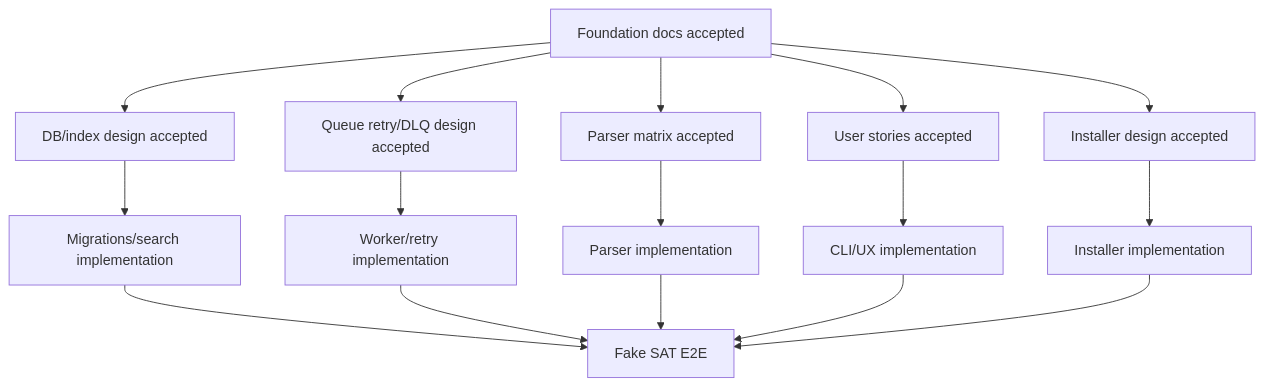
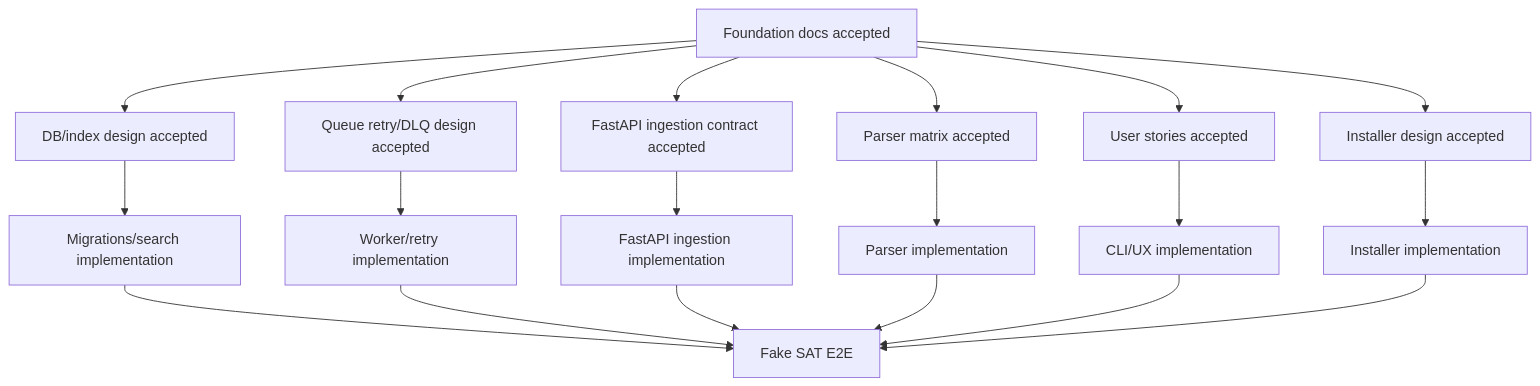
The diagram in docs/foundation/workstream-ownership.md (Crls8a/cfdi-vault-mx), drawn with Mermaid before and after one commit. The commit also changed other lines of this file and 27 other files, not shown here.

Commit message:
docs(architecture): document postgres queue api contract

````diff
--- a/docs/foundation/workstream-ownership.md
+++ b/docs/foundation/workstream-ownership.md
@@ -22,20 +23,23 @@
 ```mermaid
 flowchart TD
     Foundation["Foundation docs accepted"] --> Stories["User stories accepted"]
     Foundation --> InstallerDoc["Installer design accepted"]
     Foundation --> QueueDoc["Queue retry/DLQ design accepted"]
     Foundation --> DataDoc["DB/index design accepted"]
+    Foundation --> ApiDoc["FastAPI ingestion contract accepted"]
     Foundation --> ParserDoc["Parser matrix accepted"]
 
     Stories --> CLI["CLI/UX implementation"]
     InstallerDoc --> Installer["Installer implementation"]
     QueueDoc --> Worker["Worker/retry implementation"]
+    ApiDoc --> API["FastAPI ingestion implementation"]
     DataDoc --> DB["Migrations/search implementation"]
     ParserDoc --> Parser["Parser implementation"]
 
     DB --> E2E["Fake SAT E2E"]
     Worker --> E2E
+    API --> E2E
     Parser --> E2E
     CLI --> E2E
     Installer --> E2E
 ```
````
